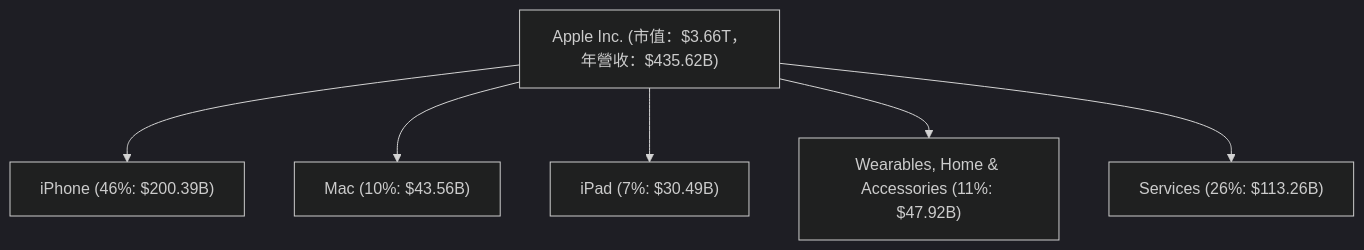
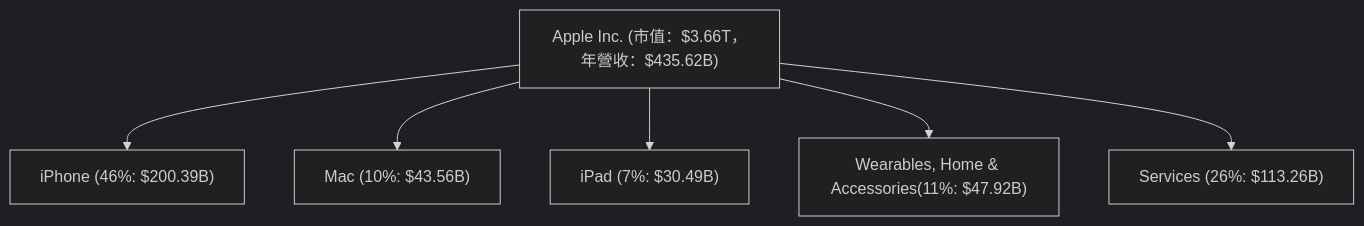
One commit to yennanliu/finance_data changed the second of 14 diagrams in ai_gen_report/stock/aapl/fundamental_analysis_2026-03-28_openai.md. Above: the diagram before and after it, drawn with Mermaid (dark theme). The commit also changed 2258 other files, not shown here.

First line of the commit message:
chore: backfill Mermaid syntax repair across existing reports

````diff
--- a/ai_gen_report/stock/aapl/fundamental_analysis_2026-03-28_openai.md
+++ b/ai_gen_report/stock/aapl/fundamental_analysis_2026-03-28_openai.md
@@ -123,9 +123,9 @@
 ```mermaid
 graph TD
     AAPL["Apple Inc. (市值：$3.66T，年營收：$435.62B)"]
     AAPL --> iPhone["iPhone (46%: $200.39B)"]
     AAPL --> Mac["Mac (10%: $43.56B)"]
     AAPL --> iPad["iPad (7%: $30.49B)"]
-    AAPL --> Wearables["Wearables, Home & Accessories (11%: $47.92B)"]
+    AAPL --> Wearables["Wearables, Home & Accessories(11%: $47.92B)"]
     AAPL --> Services["Services (26%: $113.26B)"]
 ```
````
